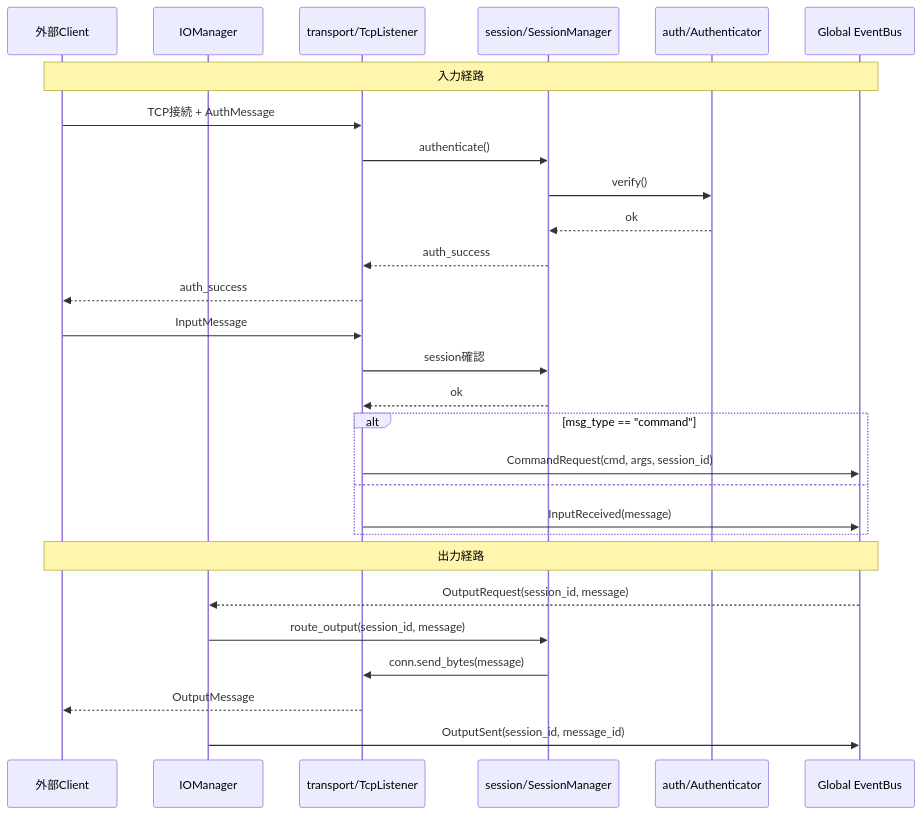
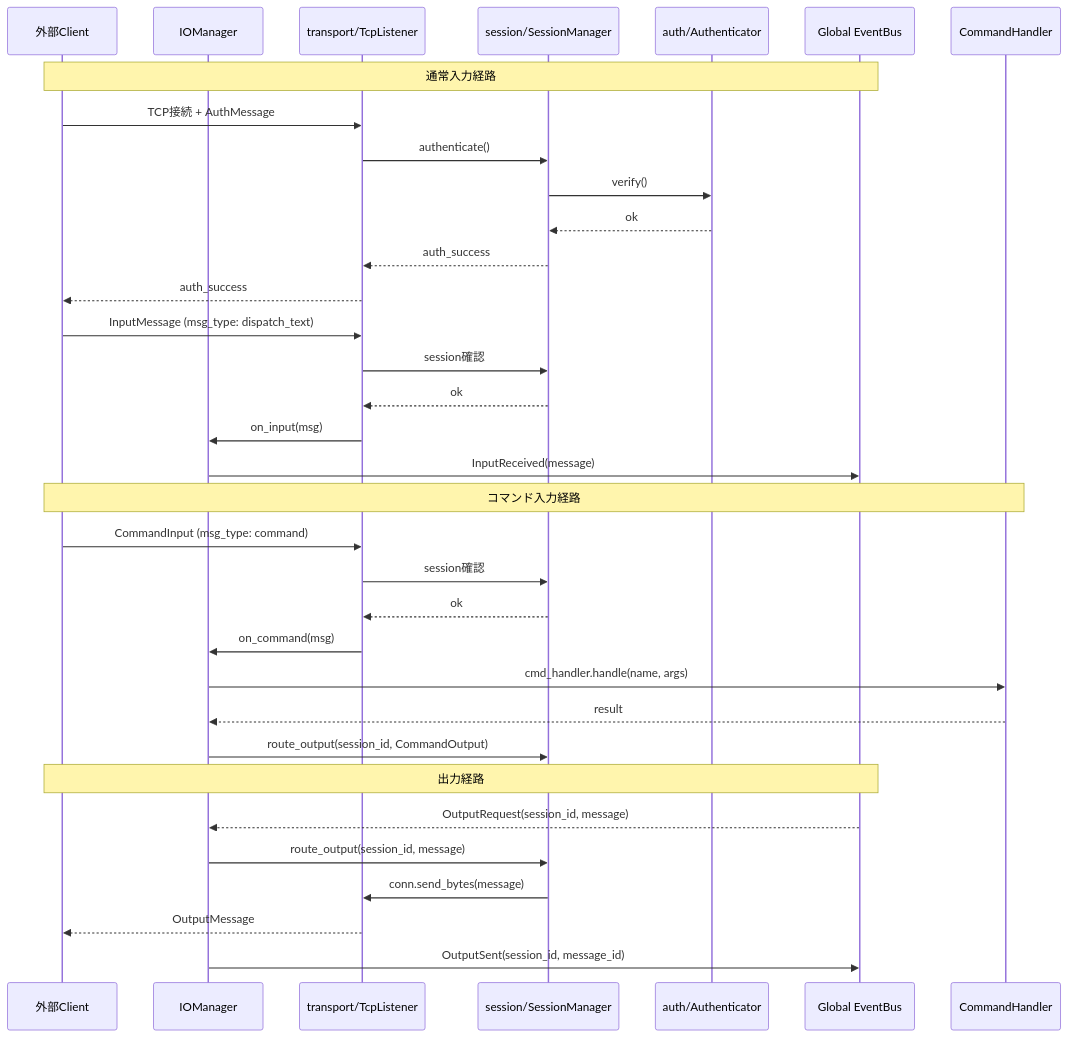
The diagram in docs/io-layer.md (ibukani/iris-mind), drawn with Mermaid before and after one commit. The commit also changed other lines of this file and 10 other files, not shown here.

````diff
--- a/docs/io-layer.md
+++ b/docs/io-layer.md
@@ -58,36 +58,43 @@
 ```mermaid
 sequenceDiagram
     participant TCP as 外部Client
     participant IO as IOManager
     participant TRANS as transport/TcpListener
     participant SESS as session/SessionManager
     participant AUTH as auth/Authenticator
     participant EB as Global EventBus
+    participant CMD as CommandHandler
 
-    Note over TCP,EB: 入力経路
+    Note over TCP,EB: 通常入力経路
 
     TCP->>TRANS: TCP接続 + AuthMessage
     TRANS->>SESS: authenticate()
     SESS->>AUTH: verify()
     AUTH-->>SESS: ok
     SESS-->>TRANS: auth_success
     TRANS-->>TCP: auth_success
 
-    TCP->>TRANS: InputMessage
+    TCP->>TRANS: InputMessage (msg_type: dispatch_text)
     TRANS->>SESS: session確認
     SESS-->>TRANS: ok
+    TRANS->>IO: on_input(msg)
+    IO->>EB: InputReceived(message)
 
-    alt msg_type == "command"
-        TRANS->>EB: CommandRequest(cmd, args, session_id)
-    else
-        TRANS->>EB: InputReceived(message)
-    end
+    Note over TCP,CMD: コマンド入力経路
+
+    TCP->>TRANS: CommandInput (msg_type: command)
+    TRANS->>SESS: session確認
+    SESS-->>TRANS: ok
+    TRANS->>IO: on_command(msg)
+    IO->>CMD: cmd_handler.handle(name, args)
+    CMD-->>IO: result
+    IO->>SESS: route_output(session_id, CommandOutput)
 
     Note over TCP,EB: 出力経路
 
     EB-->>IO: OutputRequest(session_id, message)
     IO->>SESS: route_output(session_id, message)
     SESS->>TRANS: conn.send_bytes(message)
     TRANS-->>TCP: OutputMessage
     IO->>EB: OutputSent(session_id, message_id)
 ```
````
